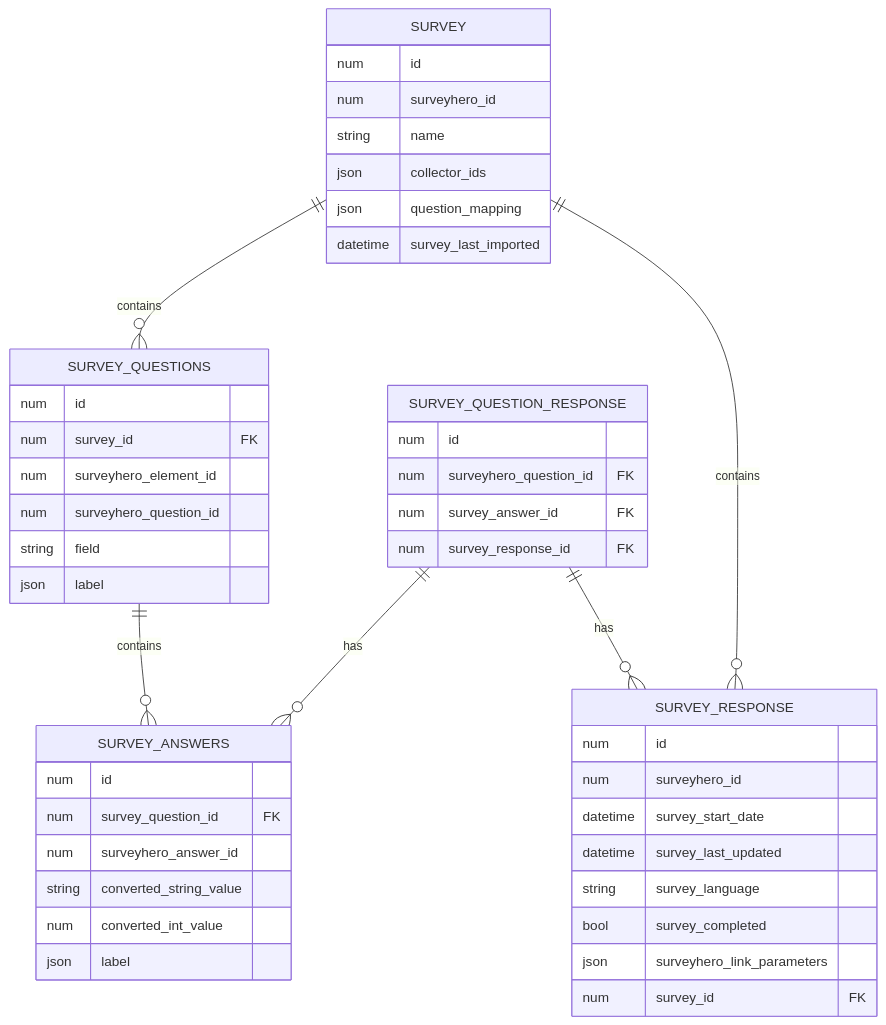
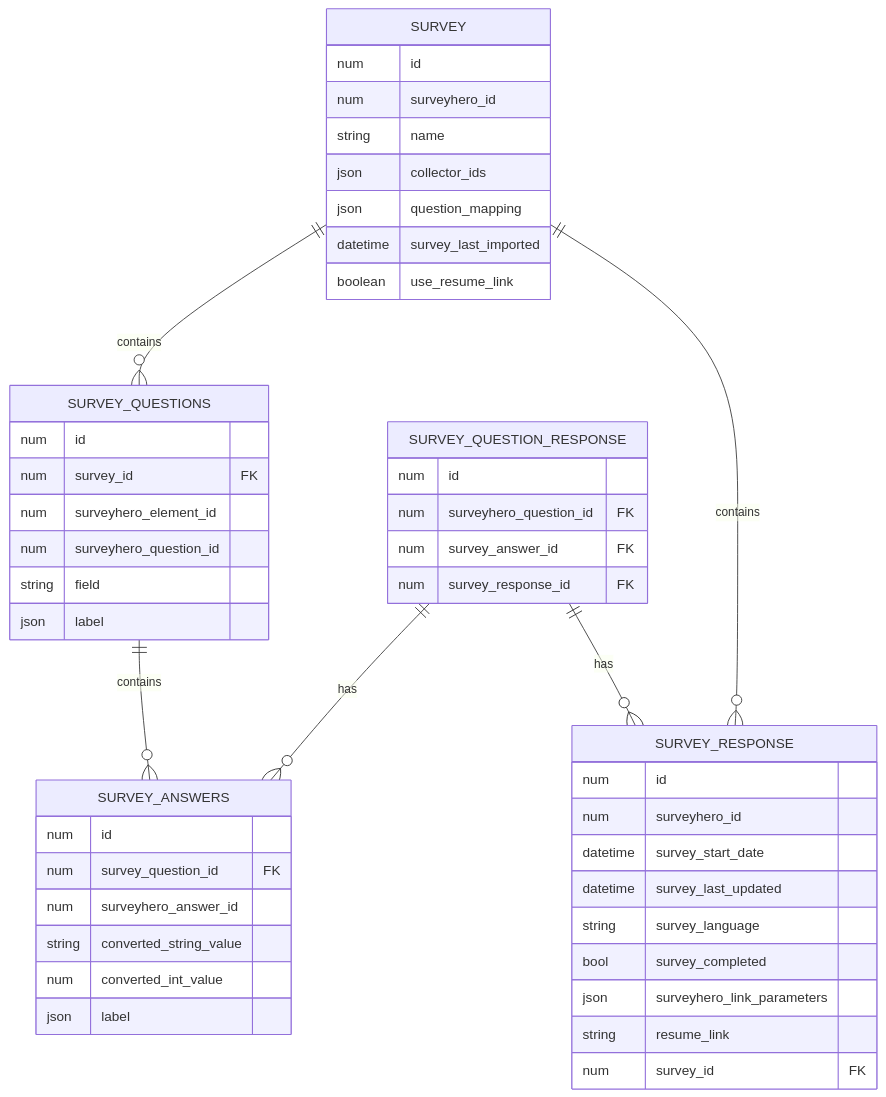
One commit to statikbe/laravel-surveyhero changed the diagram in README.md. Above: the diagram before and after it, drawn with Mermaid. The commit also changed other lines of this file and 2 other files, not shown here.

Commit message:
Retrieve resume link when importing survey responses.

````diff
--- a/README.md
+++ b/README.md
@@ -44,51 +44,53 @@
 ``` mermaid
 erDiagram
 SURVEY {
     num id
     num surveyhero_id
     string name
     json collector_ids
     json question_mapping
     datetime survey_last_imported
+    boolean use_resume_link
 }
 
 SURVEY_QUESTIONS {
     num id		
     num survey_id FK
     num surveyhero_element_id
     num surveyhero_question_id
     string field			
     json label		
 }
 
 SURVEY_ANSWERS {
     num id		
     num survey_question_id FK
     num surveyhero_answer_id			
     string converted_string_value			
     num converted_int_value			
     json label			
 }
 
 SURVEY_RESPONSE {
     num id
     num surveyhero_id
     datetime survey_start_date
     datetime survey_last_updated
     string survey_language
     bool survey_completed
     json surveyhero_link_parameters
+    string resume_link
     num survey_id FK
 }
 SURVEY_QUESTION_RESPONSE {	
     num id
     num surveyhero_question_id FK
     num survey_answer_id FK
     num survey_response_id FK
 }
 SURVEY ||--o{ SURVEY_QUESTIONS : contains
 SURVEY ||--o{ SURVEY_RESPONSE : contains
 SURVEY_QUESTIONS ||--o{ SURVEY_ANSWERS : contains
 SURVEY_QUESTION_RESPONSE ||--o{ SURVEY_ANSWERS : has
 SURVEY_QUESTION_RESPONSE ||--o{ SURVEY_RESPONSE : has
 ```
````
